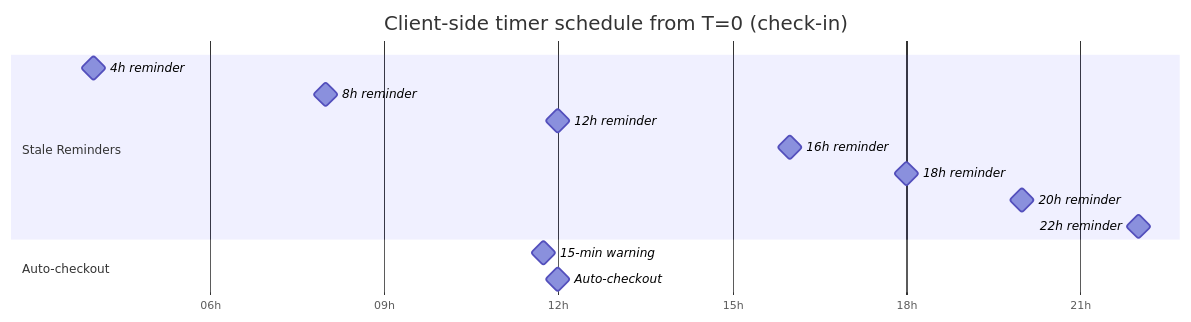
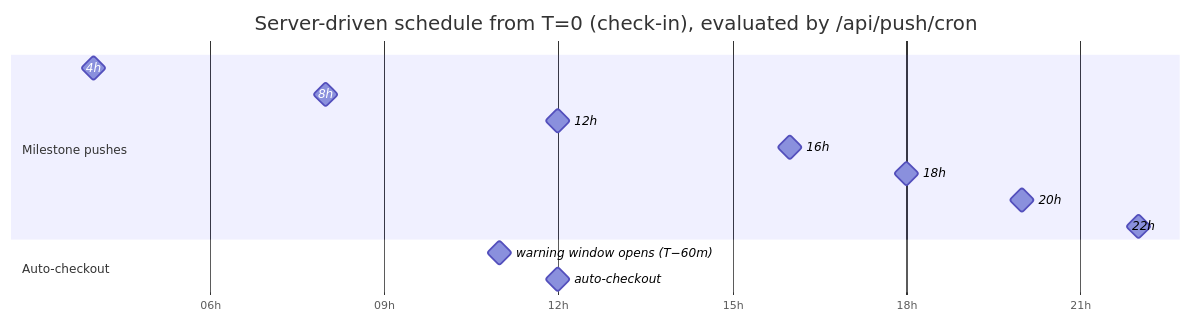
One commit to ksharma20/checkmark changed the third of 6 diagrams in docs/architecture/checkin-flow.md. Above: the diagram before and after it, drawn with Mermaid. The commit also changed other lines of this file and 296 other files, not shown here.

````diff
--- a/docs/architecture/checkin-flow.md
+++ b/docs/architecture/checkin-flow.md
@@ -100,19 +104,19 @@
 ```mermaid
 gantt
-  title Client-side timer schedule from T=0 (check-in)
+  title Server-driven schedule from T=0 (check-in), evaluated by /api/push/cron
   dateFormat HH:mm
   axisFormat %Hh
 
-  section Stale Reminders
-  4h reminder     :milestone, 04:00, 0m
-  8h reminder     :milestone, 08:00, 0m
-  12h reminder    :milestone, 12:00, 0m
-  16h reminder    :milestone, 16:00, 0m
-  18h reminder    :milestone, 18:00, 0m
-  20h reminder    :milestone, 20:00, 0m
-  22h reminder    :milestone, 22:00, 0m
+  section Milestone pushes
+  4h     :milestone, 04:00, 0m
+  8h     :milestone, 08:00, 0m
+  12h    :milestone, 12:00, 0m
+  16h    :milestone, 16:00, 0m
+  18h    :milestone, 18:00, 0m
+  20h    :milestone, 20:00, 0m
+  22h    :milestone, 22:00, 0m
 
   section Auto-checkout
-  15-min warning  :milestone, 11:45, 0m
-  Auto-checkout   :milestone, 12:00, 0m
+  warning window opens (T−60m) :milestone, 11:00, 0m
+  auto-checkout                :milestone, 12:00, 0m
 ```
````
